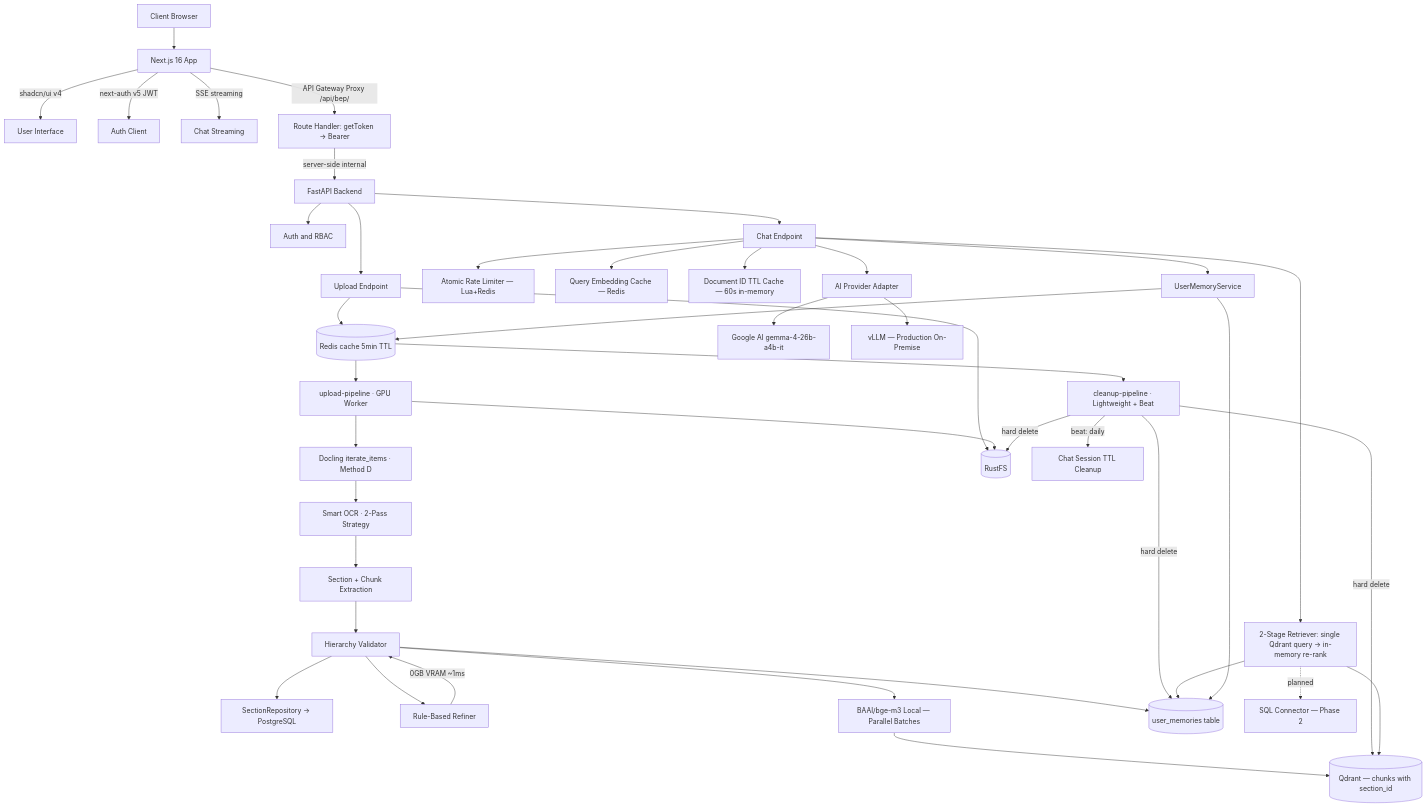
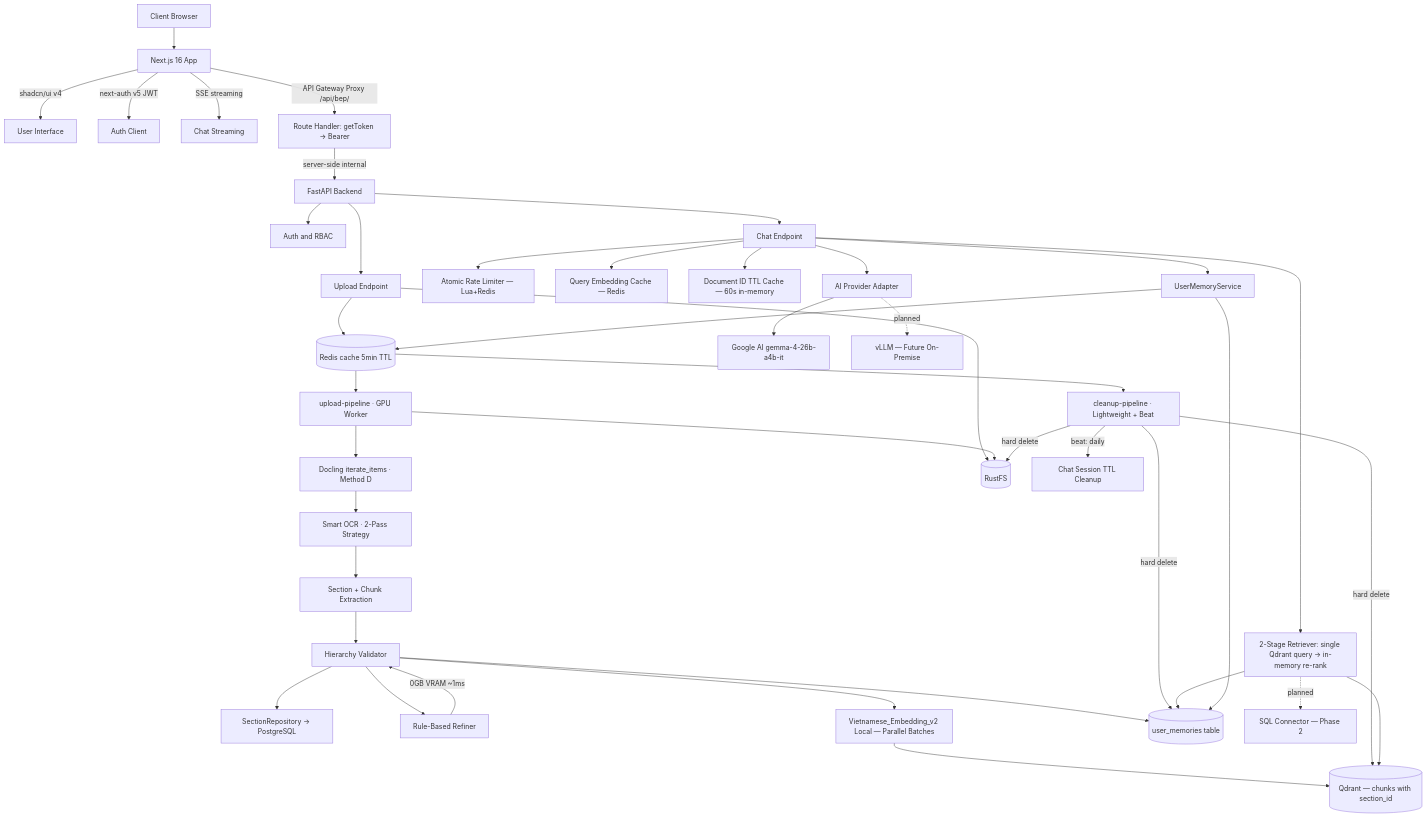
One commit to qtuanph/chatbot-rag changed the diagram in docs/01_SYSTEM_ARCHITECTURE.md. Above: the diagram before and after it, drawn with Mermaid. The commit also changed other lines of this file and 77 other files, not shown here.

````diff
--- a/docs/01_SYSTEM_ARCHITECTURE.md
+++ b/docs/01_SYSTEM_ARCHITECTURE.md
@@ -32,50 +32,50 @@
 ```mermaid
 graph TD
     Client[Client Browser] --> WebApp[Next.js 16 App]
     WebApp --> |shadcn/ui v4| UI[User Interface]
     WebApp --> |next-auth v5 JWT| Auth[Auth Client]
     WebApp --> |SSE streaming| SSE[Chat Streaming]
 
     WebApp --> |API Gateway Proxy /api/bep/| APIProxy[Route Handler: getToken → Bearer]
     APIProxy --> |server-side internal| API[FastAPI Backend]
     API --> AuthSvc[Auth and RBAC]
     API --> Upload[Upload Endpoint]
     API --> Chat[Chat Endpoint]
 
     Upload --> Redis[(Redis broker)]
     Redis --> UploadPipeline[upload-pipeline · GPU Worker]
     Redis --> CleanupPipeline[cleanup-pipeline · Lightweight + Beat]
 
     UploadPipeline --> Parser[Docling iterate_items · Method D]
     Parser --> SmartOCR[Smart OCR · 2-Pass Strategy]
     SmartOCR --> SectionExtractor[Section + Chunk Extraction]
     SectionExtractor --> Validator[Hierarchy Validator]
     Validator --> SectionStore[SectionRepository → PostgreSQL]
     Validator --> Refiner[Rule-Based Refiner]
     Refiner --> |0GB VRAM ~1ms| Validator
-    Validator --> Embedder[BAAI/bge-m3 Local — Parallel Batches]
+    Validator --> Embedder[Vietnamese_Embedding_v2 Local — Parallel Batches]
     Embedder --> Qdrant[(Qdrant — chunks with section_id)]
     Validator --> PG[(PostgreSQL system DB)]
 
     Upload --> RustFS[(RustFS)]
     UploadPipeline --> RustFS
 
     CleanupPipeline --> |hard delete| Qdrant
     CleanupPipeline --> |hard delete| RustFS
     CleanupPipeline --> |hard delete| PG
     CleanupPipeline --> |beat: daily| TTL[Chat Session TTL Cleanup]
 
     Chat --> Throttle[Atomic Rate Limiter — Lua+Redis]
     Chat --> QueryCache[Query Embedding Cache — Redis]
     Chat --> DocIDCache[Document ID TTL Cache — 60s in-memory]
     Chat --> Retriever[2-Stage Retriever: single Qdrant query → in-memory re-rank]
     Retriever --> PG
     Retriever --> Qdrant
     Retriever -. planned -.-> SQLConnector[SQL Connector — Phase 2]
     Chat --> LLM[AI Provider Adapter]
     LLM --> Google[Google AI gemma-4-26b-a4b-it]
-    LLM --> vLLM[vLLM — Production On-Premise]
+    LLM -. planned .-> vLLM[vLLM — Future On-Premise]
     Chat --> MemorySvc[UserMemoryService]
     MemorySvc --> Redis[(Redis cache 5min TTL)]
     MemorySvc --> PG[(user_memories table)]
 ```
````
